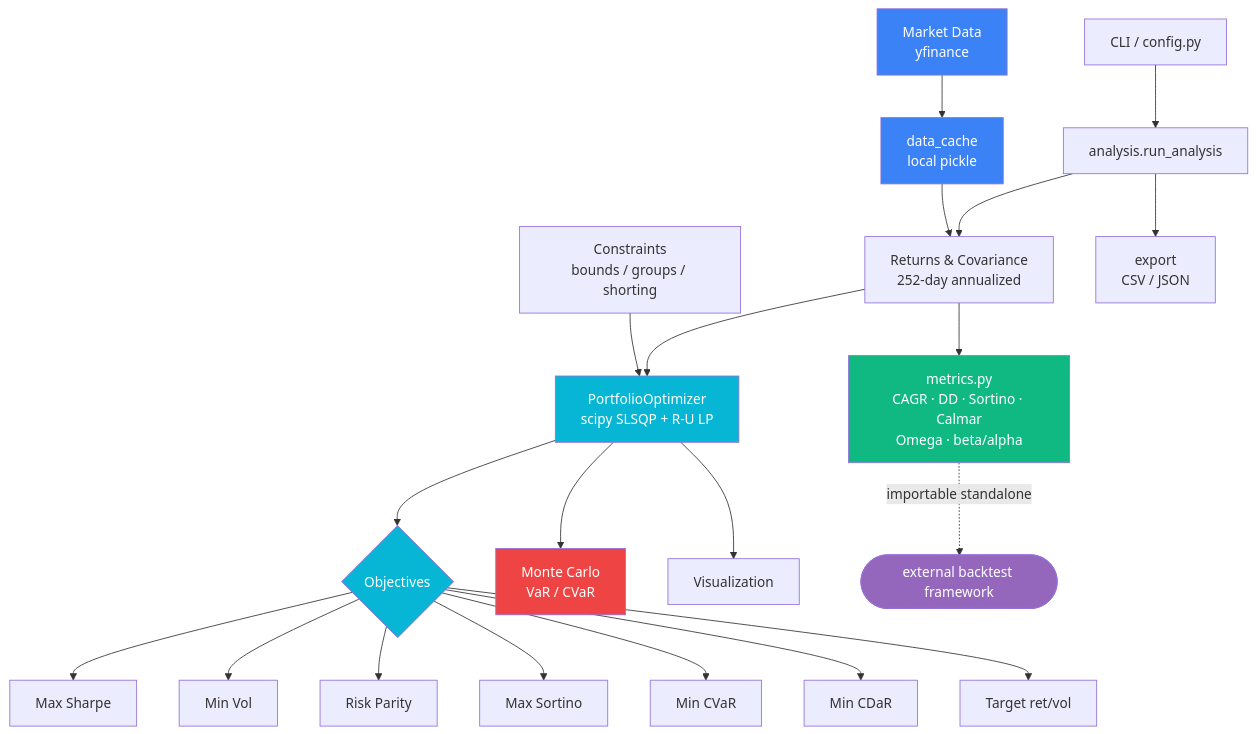
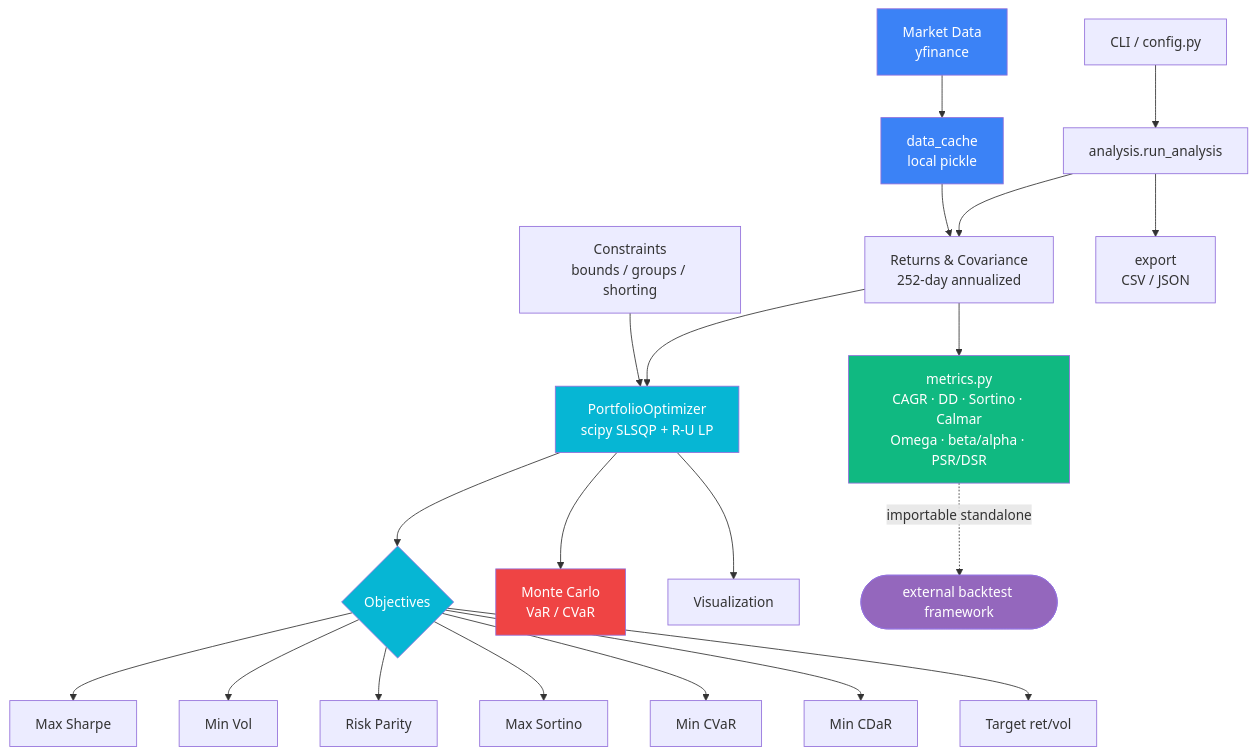
Before and after one commit to nicholim/quant-lab: the diagram in packages/portfolio-optimization/README.md, drawn with Mermaid. The commit also changed other lines of this file and 49 other files, not shown here.

````diff
--- a/packages/portfolio-optimization/README.md
+++ b/packages/portfolio-optimization/README.md
@@ -28,30 +28,30 @@
 ```mermaid
 graph TD
     CLI[CLI / config.py] --> RUN[analysis.run_analysis]
     YF[Market Data<br/>yfinance] --> CACHE[data_cache<br/>local pickle]
     CACHE --> RET[Returns &amp; Covariance<br/>252-day annualized]
     RUN --> RET
     CON[Constraints<br/>bounds / groups / shorting] --> OPT
     RET --> OPT[PortfolioOptimizer<br/>scipy SLSQP + R-U LP]
     OPT --> OBJ{Objectives}
     OBJ --> O1[Max Sharpe]
     OBJ --> O2[Min Vol]
     OBJ --> O3[Risk Parity]
     OBJ --> O4[Max Sortino]
     OBJ --> O5[Min CVaR]
     OBJ --> O5b[Min CDaR]
     OBJ --> O6[Target ret/vol]
-    RET --> MET[metrics.py<br/>CAGR · DD · Sortino · Calmar<br/>Omega · beta/alpha]
+    RET --> MET[metrics.py<br/>CAGR · DD · Sortino · Calmar<br/>Omega · beta/alpha · PSR/DSR]
     OPT --> MC[Monte Carlo<br/>VaR / CVaR]
     OPT --> VIZ[Visualization]
     RUN --> EXP[export<br/>CSV / JSON]
     MET -.->|importable standalone| EXT([external backtest framework])
 
     style YF fill:#3b82f6,color:#fff
     style CACHE fill:#3b82f6,color:#fff
     style OPT fill:#06b6d4,color:#fff
     style OBJ fill:#06b6d4,color:#fff
     style MET fill:#10b981,color:#fff
     style MC fill:#ef4444,color:#fff
     style EXT fill:#9467bd,color:#fff
 ```
````
